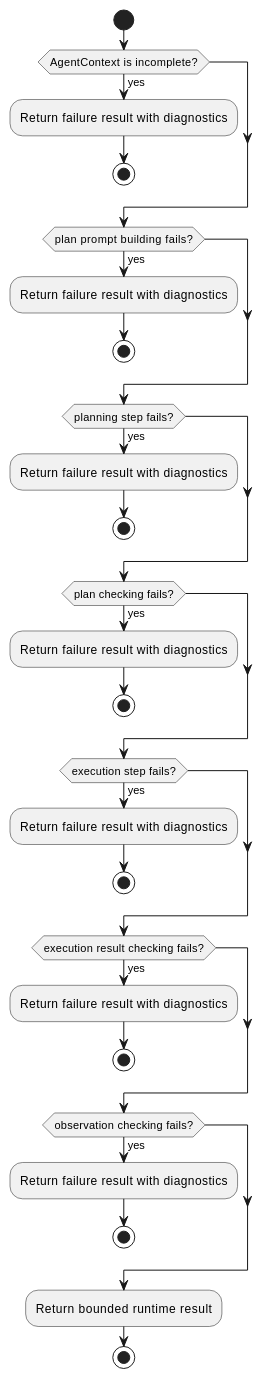
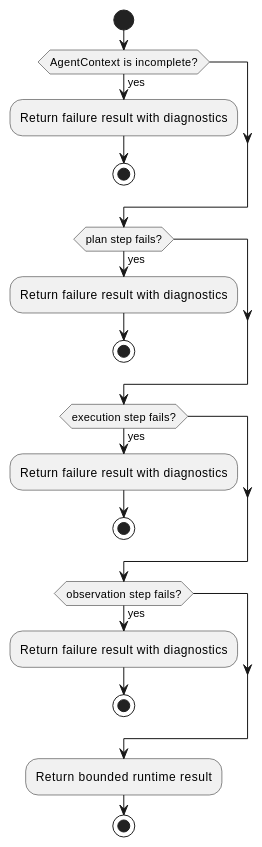
One commit to lucky-chen/ai_workflow_travel changed the eighth of 10 diagrams in infra_projects/projects/agent_runtime/docs/breakdown_docs/agent_orchestration_design.md. Above: the diagram before and after it, drawn with PlantUML. The commit also changed other lines of this file and 20 other files, not shown here.

````diff
--- a/infra_projects/projects/agent_runtime/docs/breakdown_docs/agent_orchestration_design.md
+++ b/infra_projects/projects/agent_runtime/docs/breakdown_docs/agent_orchestration_design.md
@@ -556,35 +527,23 @@
 ```plantuml
 @startuml
 start
 if (AgentContext is incomplete?) then (yes)
   :Return failure result with diagnostics;
   stop
 endif
-if (plan prompt building fails?) then (yes)
-  :Return failure result with diagnostics;
-  stop
-endif
-if (planning step fails?) then (yes)
-  :Return failure result with diagnostics;
-  stop
-endif
-if (plan checking fails?) then (yes)
+if (plan step fails?) then (yes)
   :Return failure result with diagnostics;
   stop
 endif
 if (execution step fails?) then (yes)
   :Return failure result with diagnostics;
   stop
 endif
-if (execution result checking fails?) then (yes)
-  :Return failure result with diagnostics;
-  stop
-endif
-if (observation checking fails?) then (yes)
+if (observation step fails?) then (yes)
   :Return failure result with diagnostics;
   stop
 endif
 :Return bounded runtime result;
 stop
 @enduml
 ```
````
